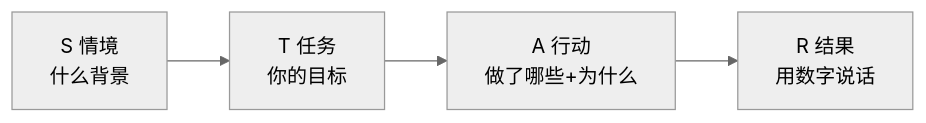
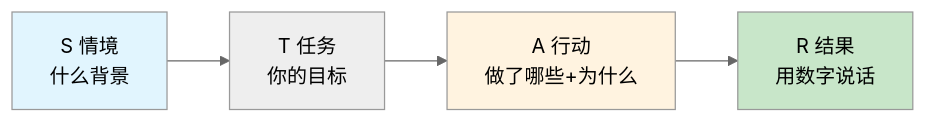
The second of 5 diagrams in packages/website/11.书籍/05.自我精进·成事/19.STAR摸底分析法.md (chongyang211/YCBookBlog), drawn with Mermaid (neutral theme) before and after one commit. The commit also changed other lines of this file and 5 other files, not shown here.

````diff
--- a/packages/website/11.书籍/05.自我精进·成事/19.STAR摸底分析法.md
+++ b/packages/website/11.书籍/05.自我精进·成事/19.STAR摸底分析法.md
@@ -68,6 +70,9 @@
 ```mermaid
 graph LR
     S[S 情境<br/>什么背景] --> T[T 任务<br/>你的目标]
     T --> A[A 行动<br/>做了哪些+为什么]
     A --> R[R 结果<br/>用数字说话]
+    style S fill:#e1f5fe
+    style A fill:#fff3e0
+    style R fill:#c8e6c9
 ```
````
